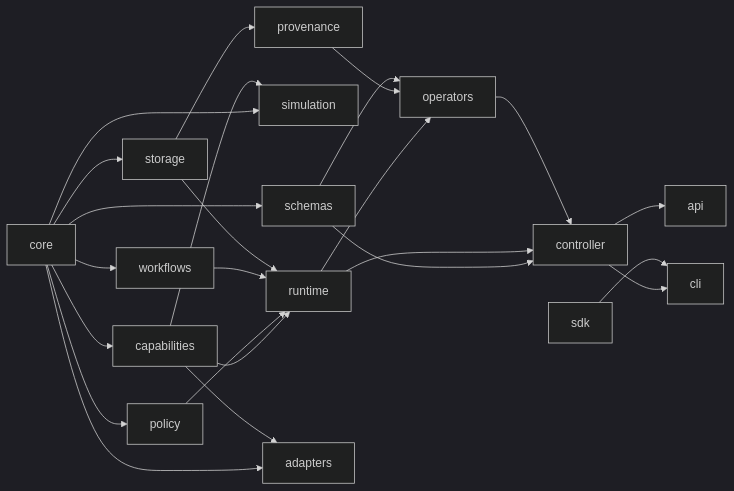
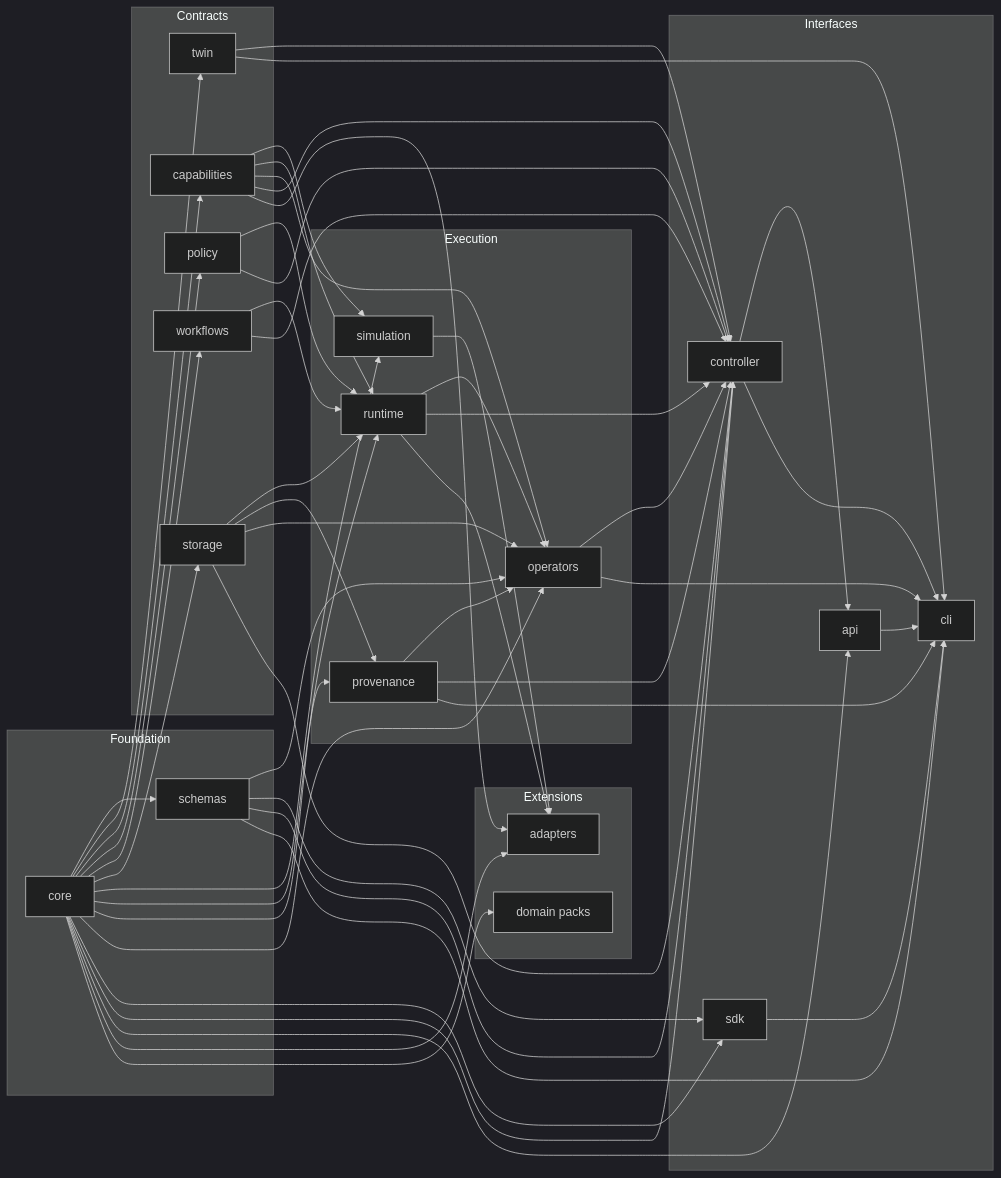
The diagram in ARCHITECTURE.md (fl-sean03/OpenSDL), drawn with Mermaid (dark theme) before and after one commit. The commit also changed other lines of this file and 6 other files, not shown here.

First line of the commit message:
Document the digital twin in the architecture surface

````diff
--- a/ARCHITECTURE.md
+++ b/ARCHITECTURE.md
@@ -21,42 +21,78 @@
 ```mermaid
 flowchart LR
-    CORE[core]
-    SCH[schemas]
-    CAP[capabilities]
-    POL[policy]
-    WF[workflows]
-    ST[storage]
-    SIM[simulation]
-    RT[runtime]
-    PROV[provenance]
-    OPS[operators]
-    SDK[sdk]
-    CTRL[controller]
-    API[api]
-    CLI[cli]
-    AD[adapters]
+    subgraph Foundation
+        CORE[core]
+        SCH[schemas]
+    end
+    subgraph Contracts
+        TWIN[twin]
+        CAP[capabilities]
+        POL[policy]
+        WF[workflows]
+        ST[storage]
+    end
+    subgraph Execution
+        SIM[simulation]
+        RT[runtime]
+        PROV[provenance]
+        OPS[operators]
+    end
+    subgraph Interfaces
+        SDK[sdk]
+        CTRL[controller]
+        API[api]
+        CLI[cli]
+    end
+    subgraph Extensions
+        AD[adapters]
+        DP[domain packs]
+    end
 
     CORE --> SCH
+    CORE --> TWIN
     CORE --> CAP
     CORE --> POL
     CORE --> WF
     CORE --> ST
     CORE --> SIM
+    CORE --> RT
+    CORE --> PROV
+    CORE --> OPS
+    CORE --> SDK
+    CORE --> CTRL
+    CORE --> API
+    CORE --> AD
+    CORE --> DP
+    SCH --> OPS
+    SCH --> SDK
+    SCH --> CTRL
+    SCH --> CLI
+    TWIN --> CTRL
+    TWIN --> CLI
     CAP --> SIM
     CAP --> RT
+    CAP --> OPS
+    CAP --> CTRL
+    CAP --> AD
     POL --> RT
+    POL --> CTRL
     WF --> RT
+    WF --> CTRL
     ST --> RT
     ST --> PROV
+    ST --> OPS
+    ST --> CTRL
+    SIM --> AD
     RT --> OPS
+    RT --> CTRL
+    RT --> AD
     PROV --> OPS
-    SCH --> OPS
-    SCH --> CTRL
-    RT --> CTRL
+    PROV --> CTRL
+    PROV --> CLI
     OPS --> CTRL
+    OPS --> CLI
+    SDK --> CLI
     CTRL --> API
     CTRL --> CLI
-    SDK --> CLI
-    CORE --> AD
-    CAP --> AD
+    API --> CLI
 ```
````
